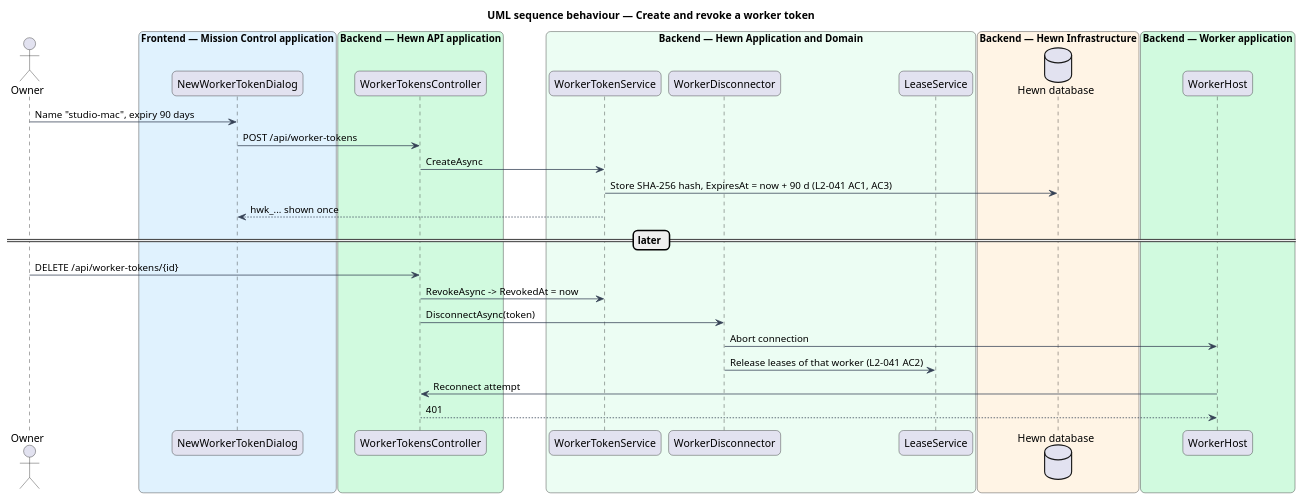
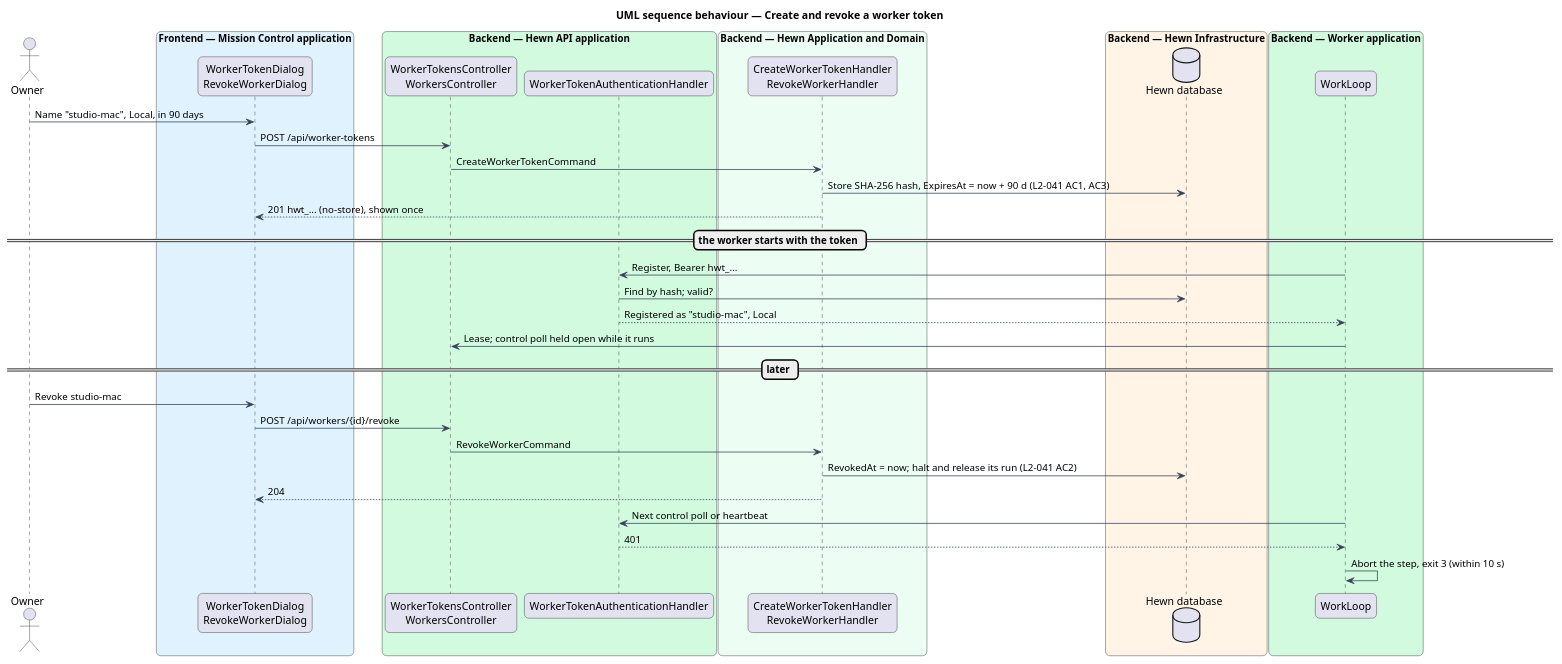
The diagram in docs/detailed-designs/security/worker-tokens/diagrams/sequence-create-and-revoke.puml (QuinntyneBrown/hewn), drawn with PlantUML before and after one commit. The commit also changed 65 other files, not shown here.

First line of the commit message:
Manage worker tokens (journey 24, L2-041) (#32)

```diff
--- a/docs/detailed-designs/security/worker-tokens/diagrams/sequence-create-and-revoke.puml
+++ b/docs/detailed-designs/security/worker-tokens/diagrams/sequence-create-and-revoke.puml
@@ -1,49 +1,54 @@
 @startuml
 title UML sequence behaviour — Create and revoke a worker token
 skinparam backgroundColor #FFFFFF
 skinparam shadowing false
 skinparam roundcorner 12
 skinparam defaultFontName Arial
 skinparam ArrowColor #344054
 skinparam rectangle {
   BorderColor #344054
   FontColor #101828
 }
 skinparam package {
   BorderColor #667085
   FontColor #101828
   BackgroundColor #F9FAFB
 }
 skinparam sequenceMessageAlign left
 actor "Owner" as owner
 box "Frontend — Mission Control application" #E0F2FE
-  participant "NewWorkerTokenDialog" as dlg
+  participant "WorkerTokenDialog\nRevokeWorkerDialog" as dlg
 end box
 box "Backend — Hewn API application" #D1FADF
-  participant "WorkerTokensController" as ctrl
+  participant "WorkerTokensController\nWorkersController" as ctrl
+  participant "WorkerTokenAuthenticationHandler" as auth
 end box
 box "Backend — Hewn Application and Domain" #ECFDF3
-  participant "WorkerTokenService" as svc
-  participant "WorkerDisconnector" as disc
-  participant "LeaseService" as lease
+  participant "CreateWorkerTokenHandler\nRevokeWorkerHandler" as svc
 end box
 box "Backend — Hewn Infrastructure" #FFF4E5
   database "Hewn database" as db
 end box
 box "Backend — Worker application" #D1FADF
-  participant "WorkerHost" as worker
+  participant "WorkLoop" as worker
 end box
-owner -> dlg : Name "studio-mac", expiry 90 days
+owner -> dlg : Name "studio-mac", Local, in 90 days
 dlg -> ctrl : POST /api/worker-tokens
-ctrl -> svc : CreateAsync
+ctrl -> svc : CreateWorkerTokenCommand
 svc -> db : Store SHA-256 hash, ExpiresAt = now + 90 d (L2-041 AC1, AC3)
-svc --> dlg : hwk_... shown once
+svc --> dlg : 201 hwt_... (no-store), shown once
+== the worker starts with the token ==
+worker -> auth : Register, Bearer hwt_...
+auth -> db : Find by hash; valid?
+auth --> worker : Registered as "studio-mac", Local
+worker -> ctrl : Lease; control poll held open while it runs
 == later ==
-owner -> ctrl : DELETE /api/worker-tokens/{id}
-ctrl -> svc : RevokeAsync -> RevokedAt = now
-ctrl -> disc : DisconnectAsync(token)
-disc -> worker : Abort connection
-disc -> lease : Release leases of that worker (L2-041 AC2)
-worker -> ctrl : Reconnect attempt
-ctrl --> worker : 401
+owner -> dlg : Revoke studio-mac
+dlg -> ctrl : POST /api/workers/{id}/revoke
+ctrl -> svc : RevokeWorkerCommand
+svc -> db : RevokedAt = now; halt and release its run (L2-041 AC2)
+svc --> dlg : 204
+worker -> auth : Next control poll or heartbeat
+auth --> worker : 401
+worker -> worker : Abort the step, exit 3 (within 10 s)
 @enduml
```
